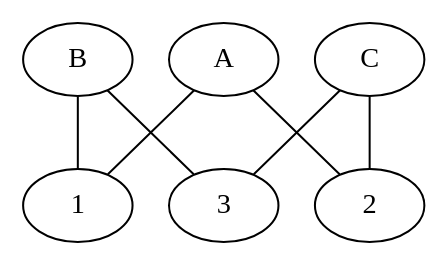
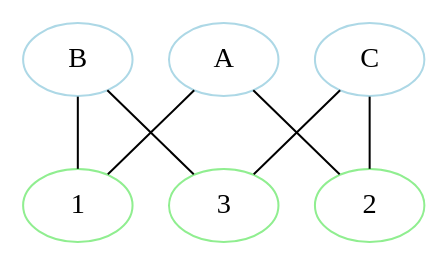
One commit to DhruvDh/itsc-2214-readings changed diagram 16 of 24 in 21_graphs.qmd. Above: the diagram before and after it, drawn with Graphviz. The commit also changed other lines of this file and 18 other files, not shown here.

Commit message:
improved graphs chapter

````diff
--- a/21_graphs.qmd
+++ b/21_graphs.qmd
@@ -234,12 +276,19 @@
 ```{dot}
 //| label: fig-bipartite-graph
-//| fig-cap: Example of a bipartite graph.
+//| fig-cap: Example of a bipartite graph. The graph can be partitioned into two distinct sets (shown in lightblue and lightgreen), with each edge connecting a vertex from one set to a vertex in the other set. No edges connect vertices within the same set.
 graph G {
+  A [color=lightblue];
+  B [color=lightblue];
+  C [color=lightblue];
+  1 [color=lightgreen];
+  2 [color=lightgreen];
+  3 [color=lightgreen];
+  
   A -- 1;
   A -- 2;
   B -- 1;
   B -- 3;
   C -- 2;
   C -- 3;
 }
 ```
````
